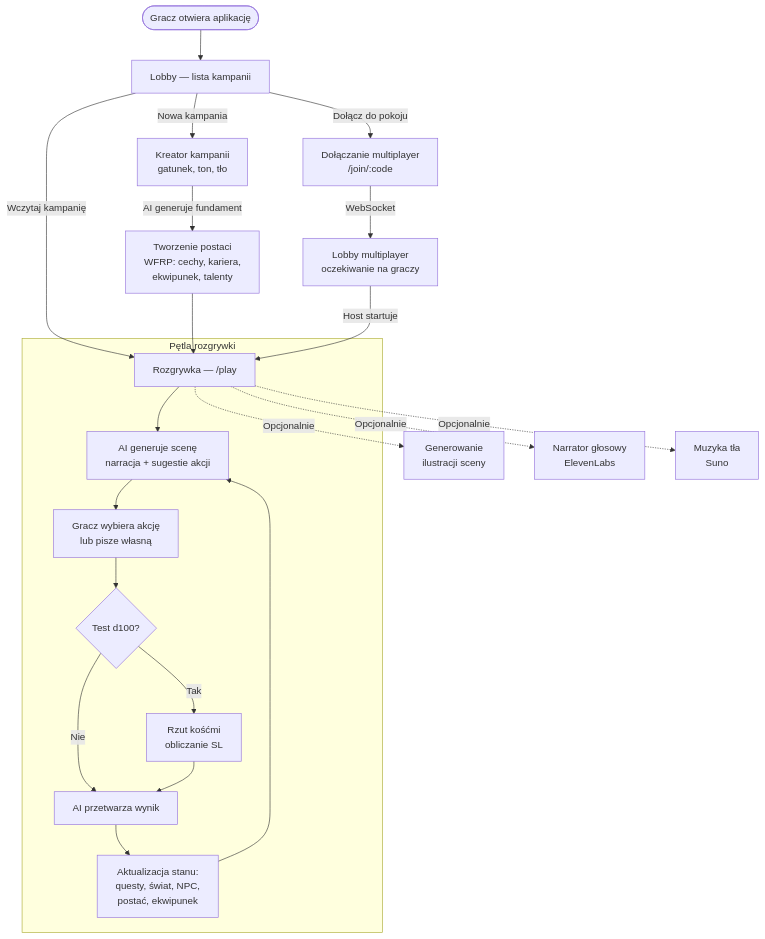
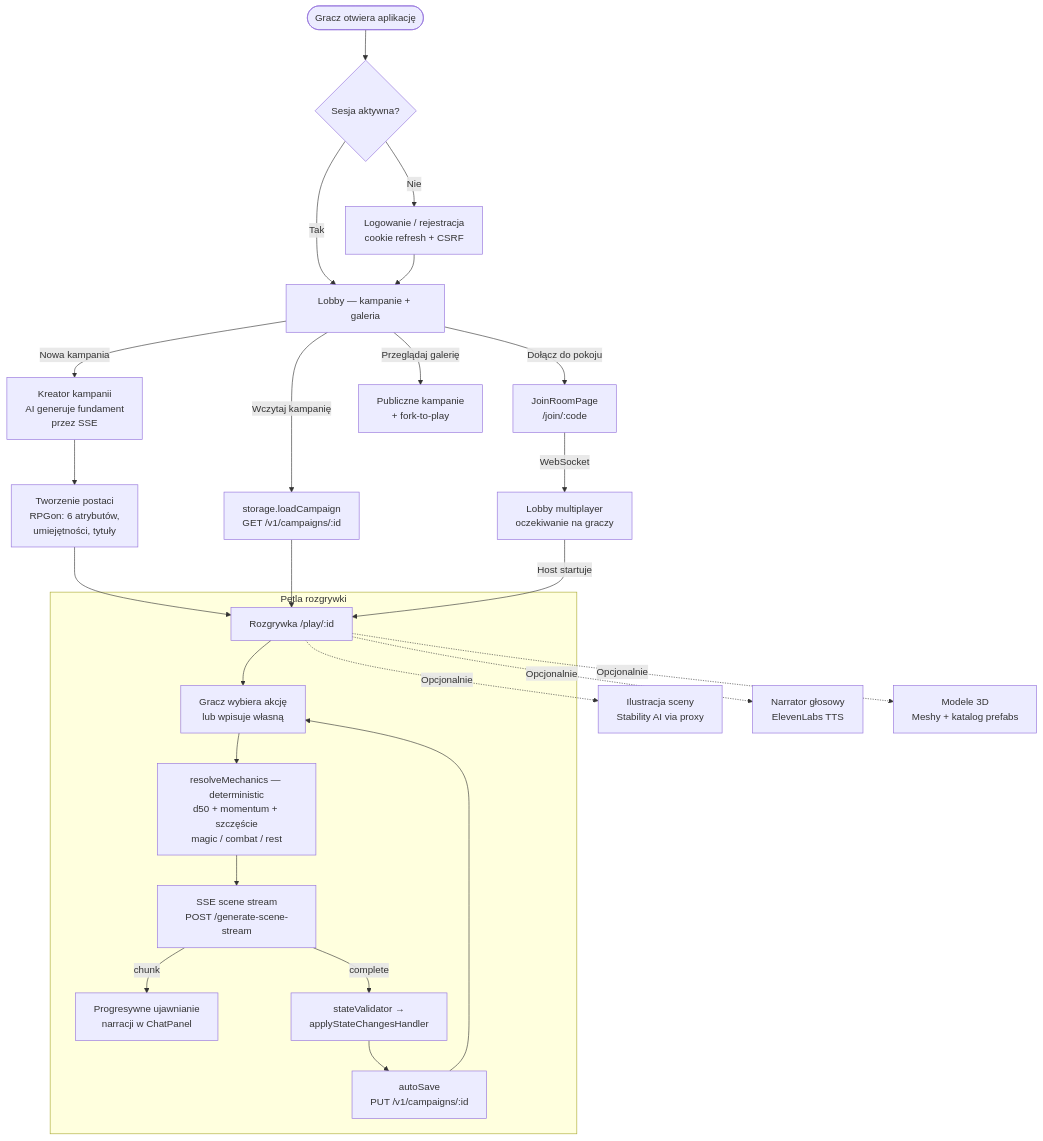
Before and after one commit to piotrsnow/rage-player-game: the second of 4 diagrams in README.md, drawn with Mermaid. The commit also changed other lines of this file and 75 other files, not shown here.

````diff
--- a/README.md
+++ b/README.md
@@ -128,29 +176,33 @@
 ```mermaid
 flowchart TD
-    START([Gracz otwiera aplikację]) --> LOBBY[Lobby — lista kampanii]
+    START([Gracz otwiera aplikację]) --> AUTH_CHECK{Sesja aktywna?}
+    AUTH_CHECK -->|Nie| LOGIN[Logowanie / rejestracja<br/>cookie refresh + CSRF]
+    AUTH_CHECK -->|Tak| LOBBY[Lobby — kampanie + galeria]
+    LOGIN --> LOBBY
 
-    LOBBY -->|Nowa kampania| CREATE[Kreator kampanii<br/>gatunek, ton, tło]
-    LOBBY -->|Wczytaj kampanię| PLAY
-    LOBBY -->|Dołącz do pokoju| JOIN[Dołączanie multiplayer<br/>/join/:code]
+    LOBBY -->|Nowa kampania| CREATE[Kreator kampanii<br/>AI generuje fundament<br/>przez SSE]
+    LOBBY -->|Wczytaj kampanię| LOAD[storage.loadCampaign<br/>GET /v1/campaigns/:id]
+    LOBBY -->|Dołącz do pokoju| JOIN[JoinRoomPage<br/>/join/:code]
+    LOBBY -->|Przeglądaj galerię| GALLERY[Publiczne kampanie<br/>+ fork-to-play]
 
-    CREATE -->|AI generuje fundament| CHAR[Tworzenie postaci<br/>WFRP: cechy, kariera,<br/>ekwipunek, talenty]
-    CHAR --> PLAY[Rozgrywka — /play]
+    CREATE --> CHAR[Tworzenie postaci<br/>RPGon: 6 atrybutów,<br/>umiejętności, tytuły]
+    CHAR --> PLAY[Rozgrywka /play/:id]
+    LOAD --> PLAY
 
     JOIN -->|WebSocket| MP_LOBBY[Lobby multiplayer<br/>oczekiwanie na graczy]
     MP_LOBBY -->|Host startuje| PLAY
 
     subgraph GAMEPLAY ["Pętla rozgrywki"]
-        PLAY --> SCENE[AI generuje scenę<br/>narracja + sugestie akcji]
-        SCENE --> ACTION[Gracz wybiera akcję<br/>lub pisze własną]
-        ACTION --> DICE{Test d100?}
-        DICE -->|Tak| ROLL[Rzut kośćmi<br/>obliczanie SL]
-        DICE -->|Nie| AI_PROC
-        ROLL --> AI_PROC[AI przetwarza wynik]
-        AI_PROC --> STATE[Aktualizacja stanu:<br/>questy, świat, NPC,<br/>postać, ekwipunek]
-        STATE --> SCENE
+        PLAY --> ACTION[Gracz wybiera akcję<br/>lub wpisuje własną]
+        ACTION --> MECH[resolveMechanics — deterministic<br/>d50 + momentum + szczęście<br/>magic / combat / rest]
+        MECH --> STREAM[SSE scene stream<br/>POST /generate-scene-stream]
+        STREAM -->|chunk| REVEAL[Progresywne ujawnianie<br/>narracji w ChatPanel]
+        STREAM -->|complete| APPLY[stateValidator →<br/>applyStateChangesHandler]
+        APPLY --> SAVE[autoSave<br/>PUT /v1/campaigns/:id]
+        SAVE --> ACTION
     end
 
-    PLAY -.->|Opcjonalnie| IMG[Generowanie<br/>ilustracji sceny]
-    PLAY -.->|Opcjonalnie| TTS[Narrator głosowy<br/>ElevenLabs]
-    PLAY -.->|Opcjonalnie| MUSIC[Muzyka tła<br/>Suno]
+    PLAY -.->|Opcjonalnie| IMG[Ilustracja sceny<br/>Stability AI via proxy]
+    PLAY -.->|Opcjonalnie| TTS[Narrator głosowy<br/>ElevenLabs TTS]
+    PLAY -.->|Opcjonalnie| MODEL3D[Modele 3D<br/>Meshy + katalog prefabs]
 ```
````
